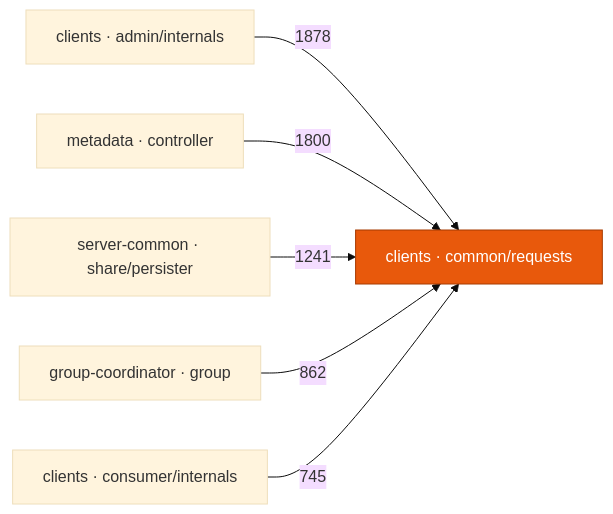
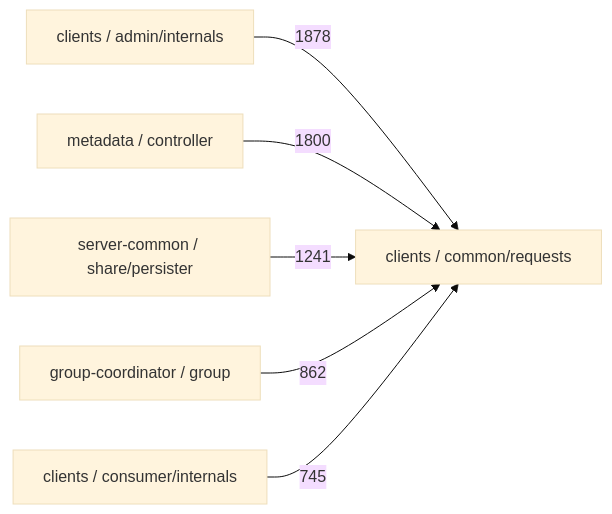
One commit to HelloThisWorld/open-mind changed the diagram in README.md. Above: the diagram before and after it, drawn with Mermaid (base theme). The commit also changed other lines of this file and 7 other files, not shown here.

````diff
--- a/README.md
+++ b/README.md
@@ -117,9 +203,8 @@
 ```mermaid
 flowchart LR
-    admin["clients · admin/internals"]        -->|1878| req["clients · common/requests"]
-    ctrl["metadata · controller"]             -->|1800| req
-    persist["server-common · share/persister"] -->|1241| req
-    group["group-coordinator · group"]        -->|862| req
-    consumer["clients · consumer/internals"]  -->|745| req
-    style req fill:#e8590c,stroke:#a63a00,color:#fff
+  admin["clients / admin/internals"] -->|1878| req["clients / common/requests"]
+  ctrl["metadata / controller"] -->|1800| req
+  persist["server-common / share/persister"] -->|1241| req
+  group["group-coordinator / group"] -->|862| req
+  consumer["clients / consumer/internals"] -->|745| req
 ```
````
